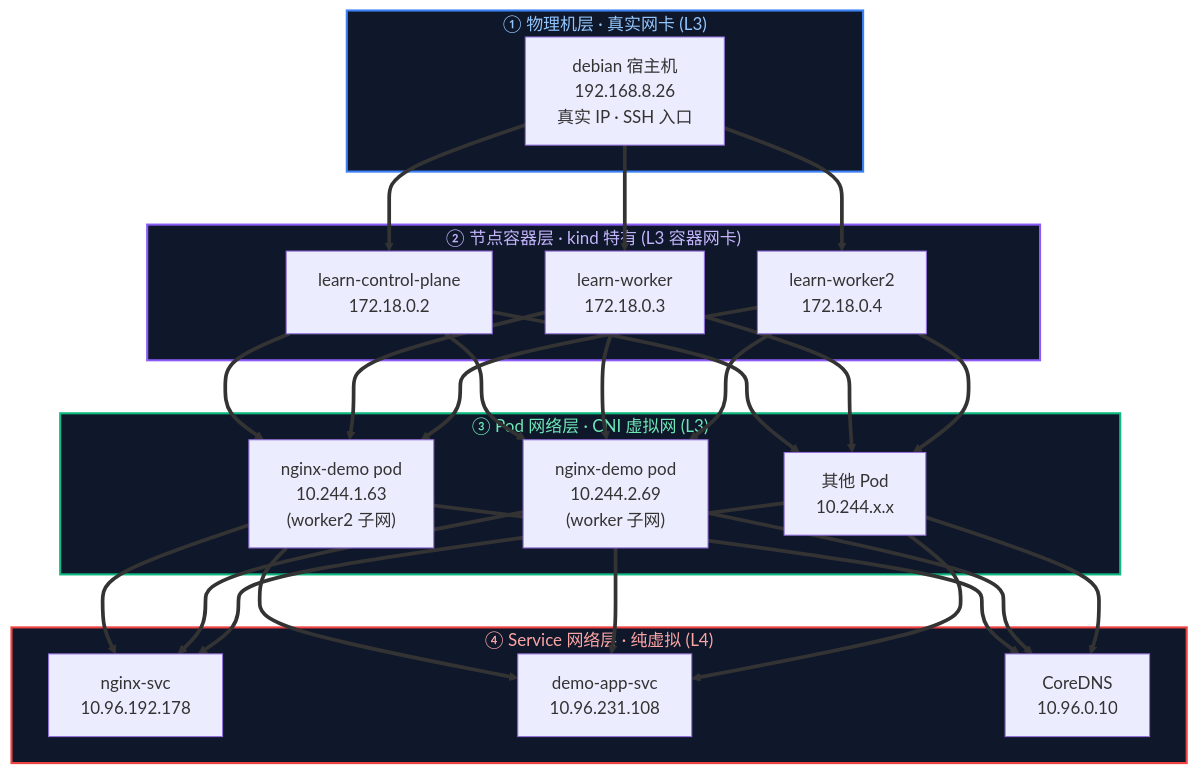
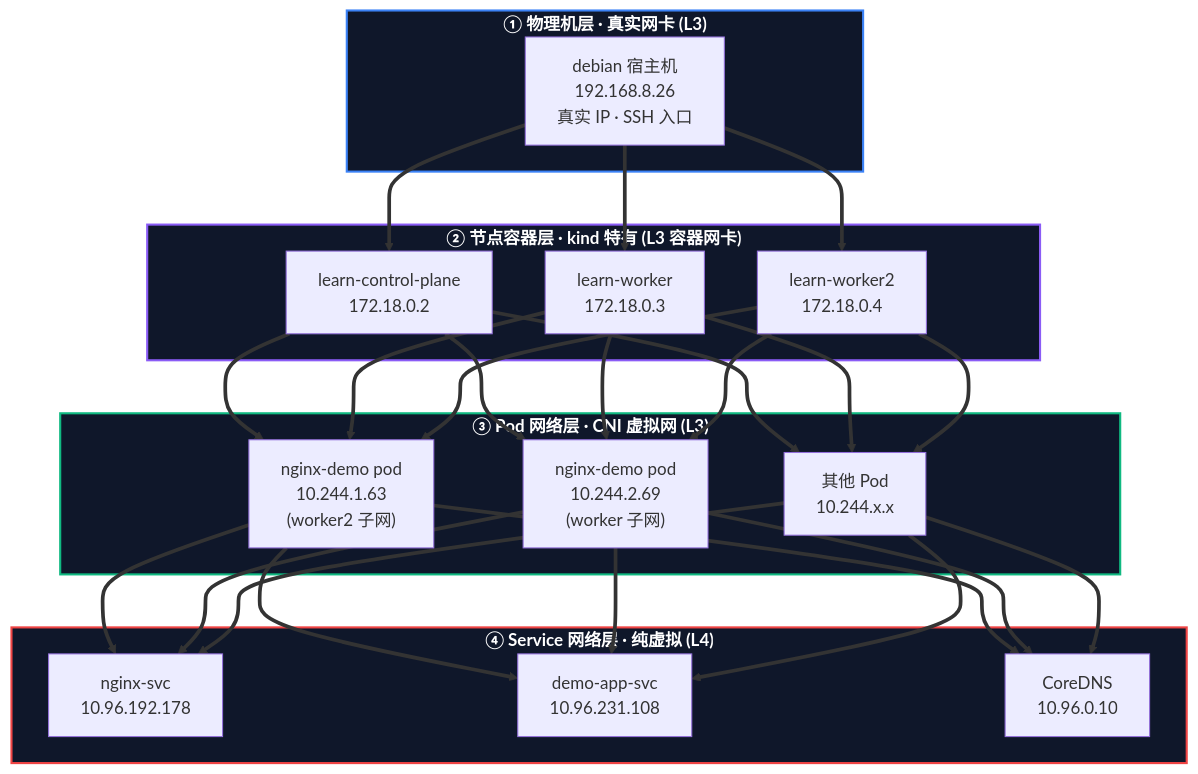
The second of 4 diagrams in content/posts/kubernetes/K8sNetworkLayeringMap.md (yaocat55/yaocat55.github.io), drawn with Mermaid before and after one commit.

Commit message:
docs: 网络分层图文字颜色上调对比度(标题纯白加粗/节点文字近白)

````diff
--- a/content/posts/kubernetes/K8sNetworkLayeringMap.md
+++ b/content/posts/kubernetes/K8sNetworkLayeringMap.md
@@ -98,39 +98,39 @@
 ```mermaid
 %% K8s 四层网络栈: 每层一个容器, 内含该层的真实 IP 实例; 数据包自上而下穿透
 flowchart TD
-    classDef real fill:#1e3a8a,stroke:#60a5fa,stroke-width:2px,color:#dbeafe;
-    classDef kind fill:#312e81,stroke:#a78bfa,stroke-width:2px,color:#ede9fe;
-    classDef pod fill:#065f46,stroke:#34d399,stroke-width:2px,color:#d1fae5;
-    classDef virt fill:#7f1d1d,stroke:#f87171,stroke-width:2px,color:#fee2e2;
+    classDef real fill:#1e3a8a,stroke:#60a5fa,stroke-width:2px,color:#eff6ff,font-weight:bold;
+    classDef kind fill:#312e81,stroke:#a78bfa,stroke-width:2px,color:#f5f3ff,font-weight:bold;
+    classDef pod fill:#065f46,stroke:#34d399,stroke-width:2px,color:#ecfdf5,font-weight:bold;
+    classDef virt fill:#7f1d1d,stroke:#f87171,stroke-width:2px,color:#fef2f2,font-weight:bold;
 
     subgraph L1["① 物理机层 · 真实网卡 (L3)"]
         M["debian 宿主机<br/>192.168.8.26<br/>真实 IP · SSH 入口"]
     end
 
     subgraph L2["② 节点容器层 · kind 特有 (L3 容器网卡)"]
         N1["learn-control-plane<br/>172.18.0.2"]
         N2["learn-worker<br/>172.18.0.3"]
         N3["learn-worker2<br/>172.18.0.4"]
     end
 
     subgraph L3["③ Pod 网络层 · CNI 虚拟网 (L3)"]
         P1n["nginx-demo pod<br/>10.244.1.63<br/>(worker2 子网)"]
         P2n["nginx-demo pod<br/>10.244.2.69<br/>(worker 子网)"]
         P3n["其他 Pod<br/>10.244.x.x"]
     end
 
     subgraph L4["④ Service 网络层 · 纯虚拟 (L4)"]
         S1["nginx-svc<br/>10.96.192.178"]
         S2["demo-app-svc<br/>10.96.231.108"]
         S3["CoreDNS<br/>10.96.0.10"]
     end
 
     M ==> N1 & N2 & N3
     N1 & N2 & N3 ==> P1n & P2n & P3n
     P1n & P2n & P3n ==> S1 & S2 & S3
 
-    style L1 fill:#0f172a,stroke:#3b82f6,stroke-width:2px,color:#93c5fd
-    style L2 fill:#0f172a,stroke:#8b5cf6,stroke-width:2px,color:#c4b5fd
-    style L3 fill:#0f172a,stroke:#10b981,stroke-width:2px,color:#6ee7b7
-    style L4 fill:#0f172a,stroke:#ef4444,stroke-width:2px,color:#fca5a5
+    style L1 fill:#0f172a,stroke:#3b82f6,stroke-width:2px,color:#ffffff,font-weight:bold
+    style L2 fill:#0f172a,stroke:#8b5cf6,stroke-width:2px,color:#ffffff,font-weight:bold
+    style L3 fill:#0f172a,stroke:#10b981,stroke-width:2px,color:#ffffff,font-weight:bold
+    style L4 fill:#0f172a,stroke:#ef4444,stroke-width:2px,color:#ffffff,font-weight:bold
 ```
````
